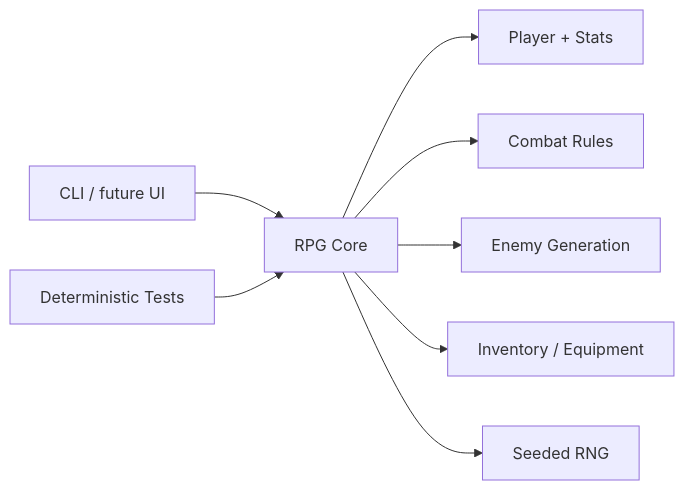
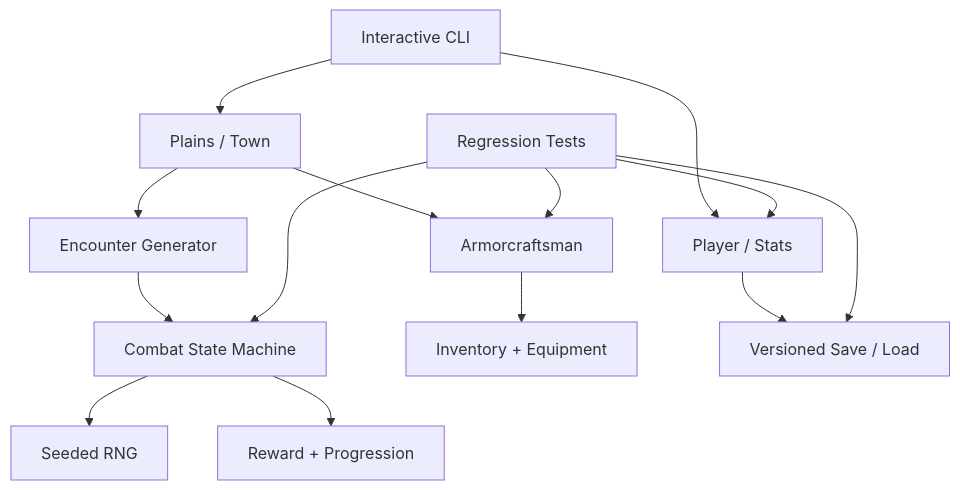
Before and after one commit to cagataykavas/legacy-c-rpg: the diagram in README.md, drawn with Mermaid. The commit also changed other lines of this file, not shown here.

Commit message:
docs: document faithful Shrek RPG modernization and migration story

````diff
--- a/README.md
+++ b/README.md
@@ -7,10 +102,16 @@
 ```mermaid
-flowchart LR
-    CLI[CLI / future UI] --> Core[RPG Core]
-    Core --> Player[Player + Stats]
-    Core --> Combat[Combat Rules]
-    Core --> Enemy[Enemy Generation]
-    Core --> Inventory[Inventory / Equipment]
-    Core --> RNG[Seeded RNG]
-    Tests[Deterministic Tests] --> Core
+flowchart TD
+    CLI[Interactive CLI] --> PLAYER[Player / Stats]
+    CLI --> WORLD[Plains / Town]
+    WORLD --> ENCOUNTER[Encounter Generator]
+    ENCOUNTER --> COMBAT[Combat State Machine]
+    COMBAT --> RNG[Seeded RNG]
+    COMBAT --> REWARD[Reward + Progression]
+    WORLD --> SHOP[Armorcraftsman]
+    SHOP --> EQUIP[Inventory + Equipment]
+    PLAYER --> SAVE[Versioned Save / Load]
+    TESTS[Regression Tests] --> PLAYER
+    TESTS --> COMBAT
+    TESTS --> SHOP
+    TESTS --> SAVE
 ```
````
